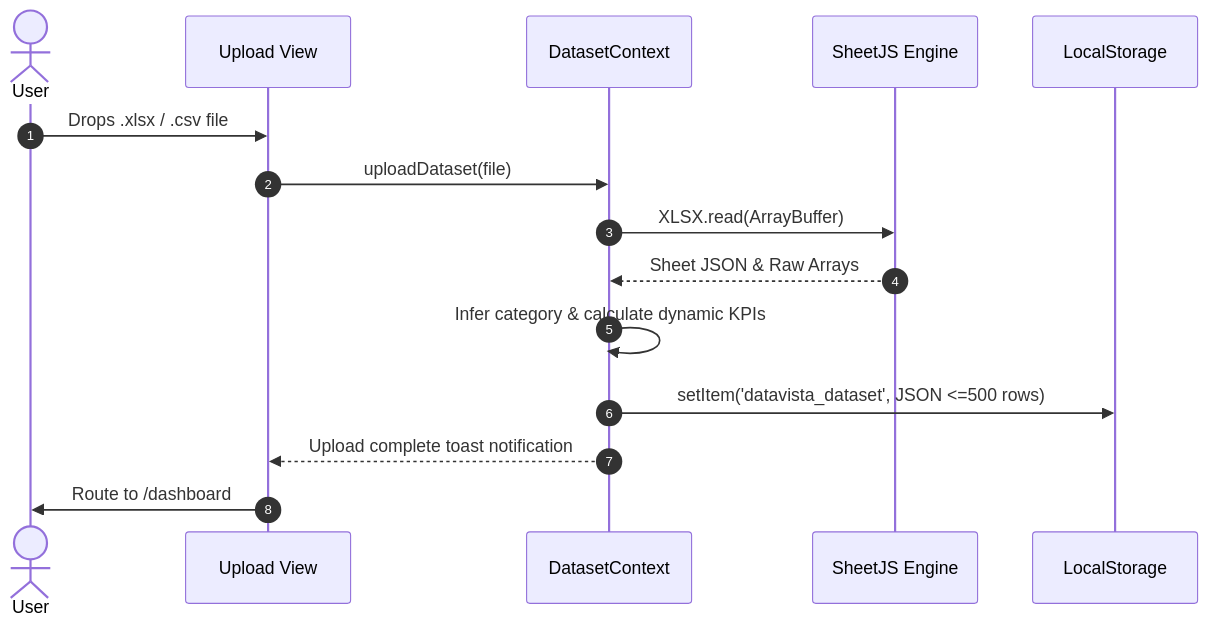
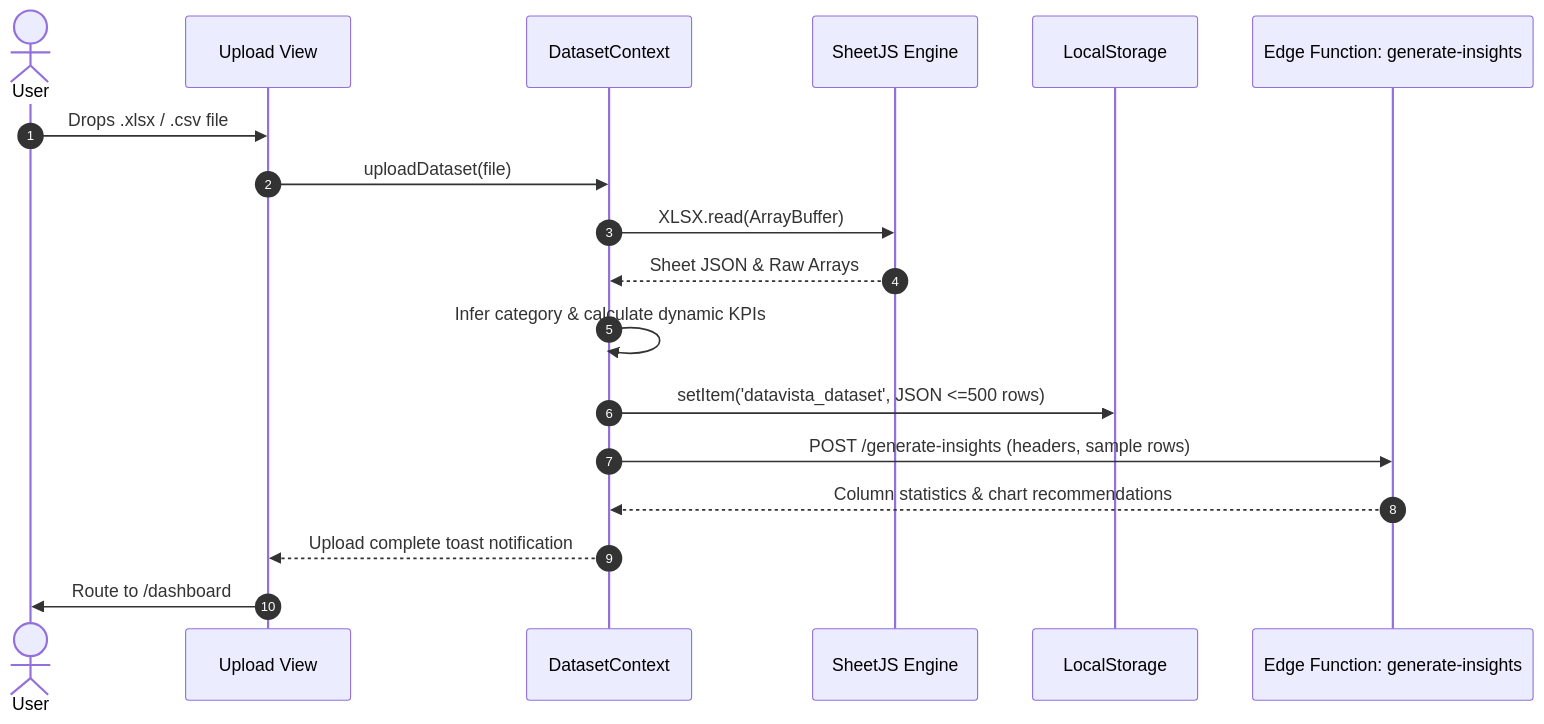
Before and after one commit to tanaydas-mopo/DataVista: the third of 5 diagrams in documentation/SRS.md, drawn with Mermaid. The commit also changed other lines of this file and 27 other files, not shown here.

````diff
--- a/documentation/SRS.md
+++ b/documentation/SRS.md
@@ -324,18 +327,21 @@
 ```mermaid
 sequenceDiagram
     autonumber
     actor User
     participant UI as Upload View
     participant Ctx as DatasetContext
     participant SheetJS as SheetJS Engine
     participant Storage as LocalStorage
+    participant Insights as Edge Function: generate-insights
 
     User->>UI: Drops .xlsx / .csv file
     UI->>Ctx: uploadDataset(file)
     Ctx->>SheetJS: XLSX.read(ArrayBuffer)
     SheetJS-->>Ctx: Sheet JSON & Raw Arrays
     Ctx->>Ctx: Infer category & calculate dynamic KPIs
     Ctx->>Storage: setItem('datavista_dataset', JSON <=500 rows)
+    Ctx->>Insights: POST /generate-insights (headers, sample rows)
+    Insights-->>Ctx: Column statistics & chart recommendations
     Ctx-->>UI: Upload complete toast notification
     UI->>User: Route to /dashboard
 ```
````
